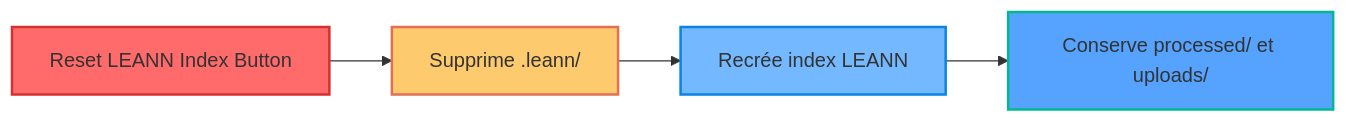
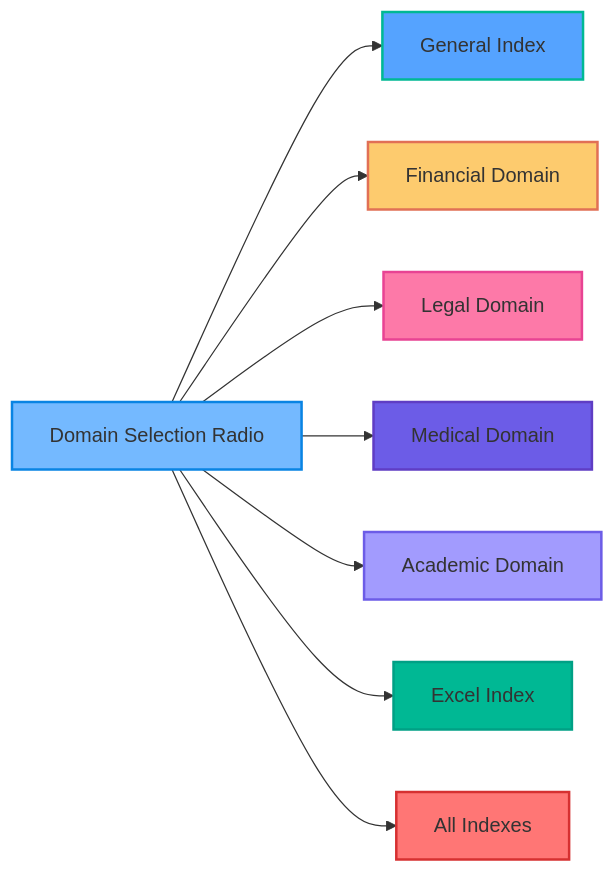
Before and after one commit to Mil100057/Myr-Ag-system: the first of 6 diagrams in docs/cleaning_buttons_analysis.md, drawn with Mermaid. The commit also changed other lines of this file and 24 other files, not shown here.

````diff
--- a/docs/cleaning_buttons_analysis.md
+++ b/docs/cleaning_buttons_analysis.md
@@ -10,11 +13,19 @@
 ```mermaid
 graph LR
-    A["Reset LEANN Index Button"] --> B["Supprime .leann/"]
-    B --> C["Recrée index LEANN"]
-    C --> D["Conserve processed/ et uploads/"]
-    
-    style A fill:#ff6b6b,stroke:#d63031,stroke-width:2px
-    style B fill:#fdcb6e,stroke:#e17055,stroke-width:2px
-    style C fill:#74b9ff,stroke:#0984e3,stroke-width:2px
-    style D fill:#55a3ff,stroke:#00b894,stroke-width:2px
+    A["Domain Selection Radio"] --> B["General Index"]
+    A --> C["Financial Domain"]
+    A --> D["Legal Domain"]
+    A --> E["Medical Domain"]
+    A --> F["Academic Domain"]
+    A --> G["Excel Index"]
+    A --> H["All Indexes"]
+  
+    style A fill:#74b9ff,stroke:#0984e3,stroke-width:2px
+    style B fill:#55a3ff,stroke:#00b894,stroke-width:2px
+    style C fill:#fdcb6e,stroke:#e17055,stroke-width:2px
+    style D fill:#fd79a8,stroke:#e84393,stroke-width:2px
+    style E fill:#6c5ce7,stroke:#5f3dc4,stroke-width:2px
+    style F fill:#a29bfe,stroke:#6c5ce7,stroke-width:2px
+    style G fill:#00b894,stroke:#00a085,stroke-width:2px
+    style H fill:#ff7675,stroke:#d63031,stroke-width:2px
 ```
````
